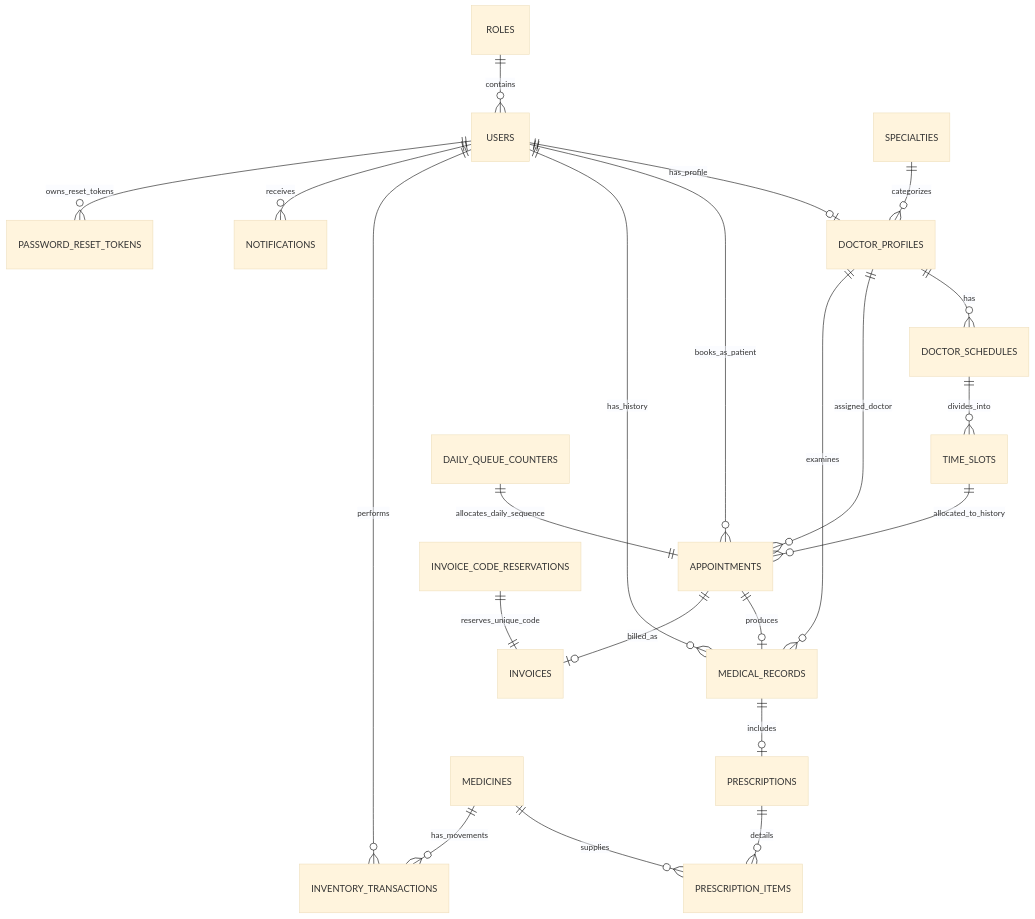
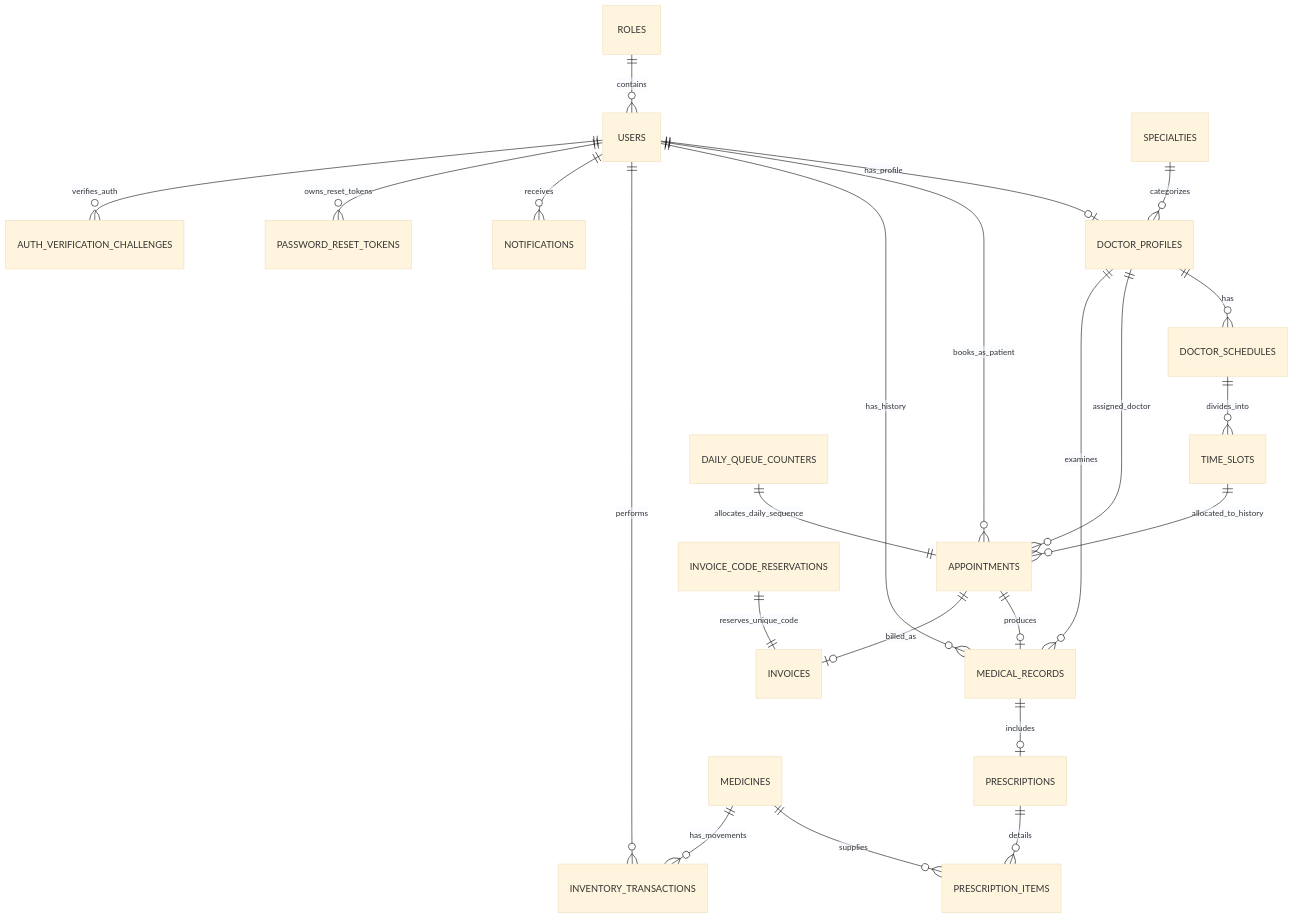
One commit to tranducanhyn99-prog/medclinic-system changed the diagram in docs/03_DATABASE_DESIGN_3NF.md. Above: the diagram before and after it, drawn with Mermaid (base theme). The commit also changed other lines of this file and 37 other files, not shown here.

````diff
--- a/docs/03_DATABASE_DESIGN_3NF.md
+++ b/docs/03_DATABASE_DESIGN_3NF.md
@@ -10,28 +10,29 @@
 ```mermaid
 erDiagram
     ROLES ||--o{ USERS : "contains"
     USERS ||--o| DOCTOR_PROFILES : "has_profile"
     SPECIALTIES ||--o{ DOCTOR_PROFILES : "categorizes"
     DOCTOR_PROFILES ||--o{ DOCTOR_SCHEDULES : "has"
     DOCTOR_SCHEDULES ||--o{ TIME_SLOTS : "divides_into"
 
     USERS ||--o{ APPOINTMENTS : "books_as_patient"
     DOCTOR_PROFILES ||--o{ APPOINTMENTS : "assigned_doctor"
     TIME_SLOTS ||--o{ APPOINTMENTS : "allocated_to_history"
 
     APPOINTMENTS ||--o| MEDICAL_RECORDS : "produces"
     DOCTOR_PROFILES ||--o{ MEDICAL_RECORDS : "examines"
     USERS ||--o{ MEDICAL_RECORDS : "has_history"
 
     MEDICAL_RECORDS ||--o| PRESCRIPTIONS : "includes"
     PRESCRIPTIONS ||--o{ PRESCRIPTION_ITEMS : "details"
     MEDICINES ||--o{ PRESCRIPTION_ITEMS : "supplies"
     MEDICINES ||--o{ INVENTORY_TRANSACTIONS : "has_movements"
     USERS ||--o{ INVENTORY_TRANSACTIONS : "performs"
 
     APPOINTMENTS ||--o| INVOICES : "billed_as"
     DAILY_QUEUE_COUNTERS ||--|| APPOINTMENTS : "allocates_daily_sequence"
     INVOICE_CODE_RESERVATIONS ||--|| INVOICES : "reserves_unique_code"
     USERS ||--o{ NOTIFICATIONS : "receives"
     USERS ||--o{ PASSWORD_RESET_TOKENS : "owns_reset_tokens"
+    USERS ||--o{ AUTH_VERIFICATION_CHALLENGES : "verifies_auth"
 ```
````
